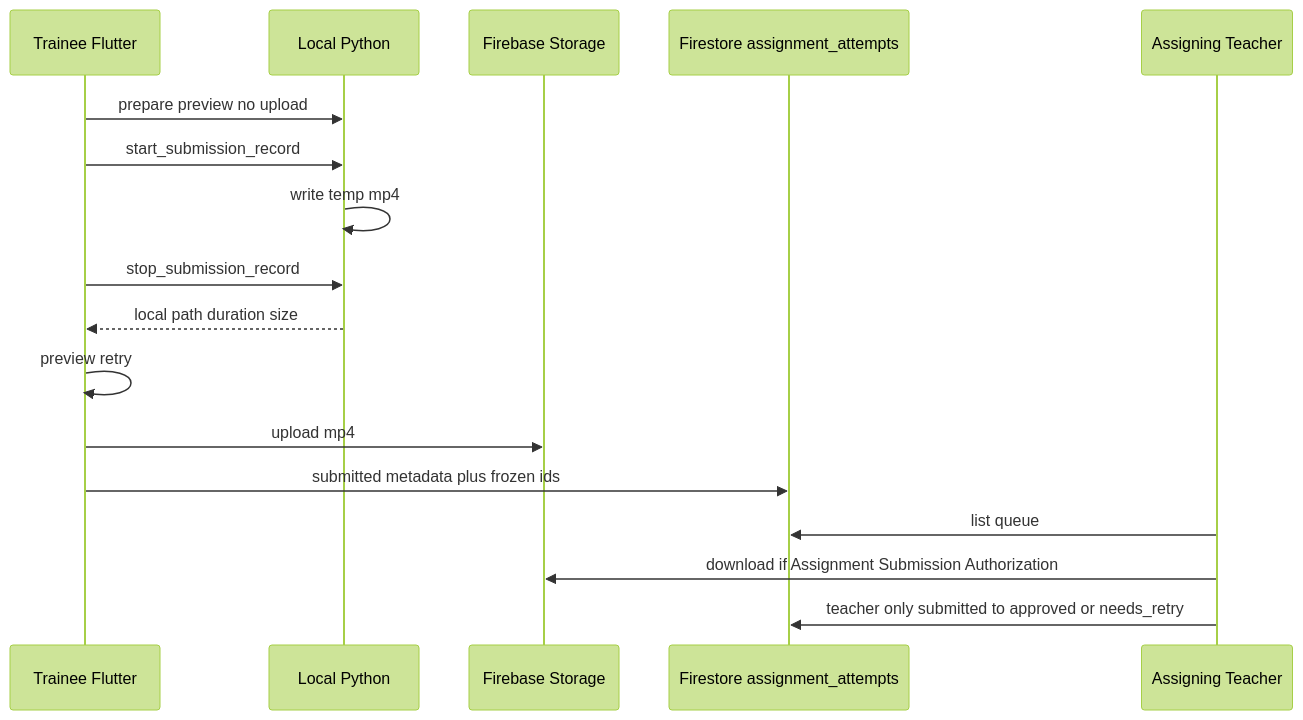
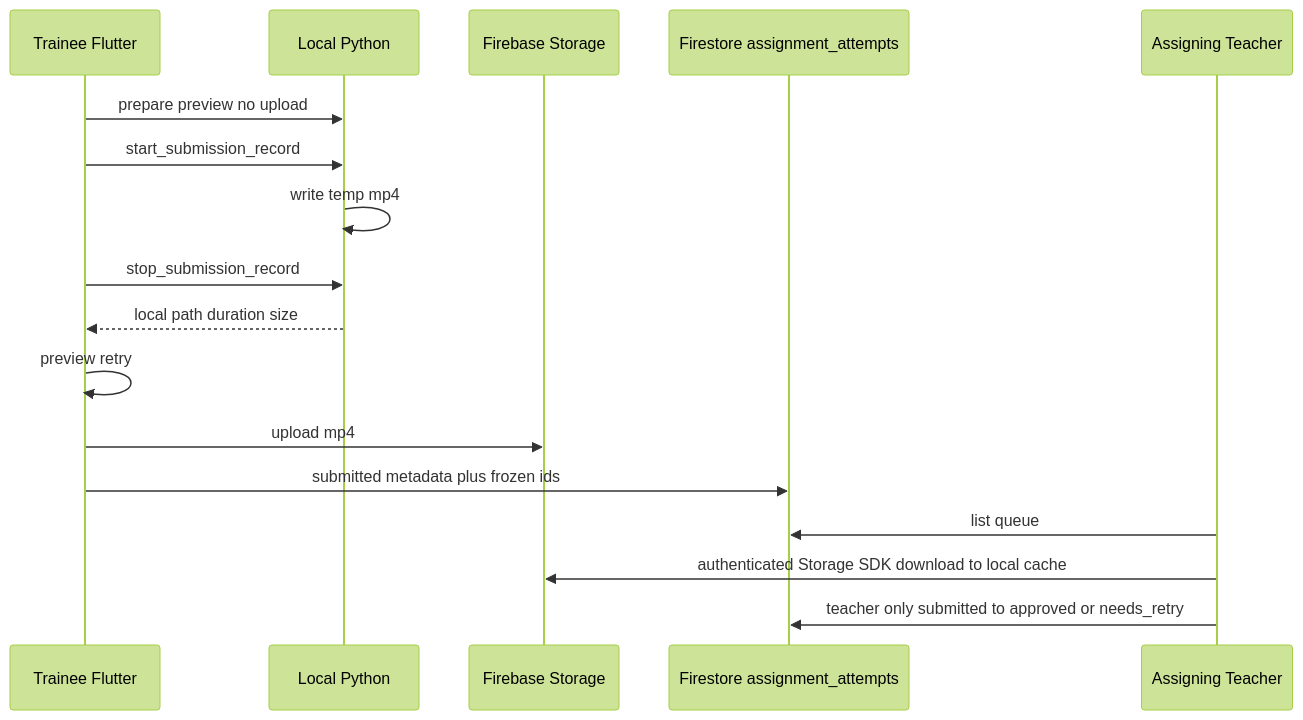
The diagram in docs/teacher-windows-refactor/06-teacher-reviewed-video-submissions.md (codewithjenah/elixr_application), drawn with Mermaid (forest theme) before and after one commit. The commit also changed other lines of this file and 24 other files, not shown here.

````diff
--- a/docs/teacher-windows-refactor/06-teacher-reviewed-video-submissions.md
+++ b/docs/teacher-windows-refactor/06-teacher-reviewed-video-submissions.md
@@ -89,19 +100,19 @@
 ```mermaid
 sequenceDiagram
   participant T as Trainee Flutter
   participant P as Local Python
   participant S as Firebase Storage
   participant F as Firestore assignment_attempts
   participant R as Assigning Teacher
   T->>P: prepare preview no upload
   T->>P: start_submission_record
   P->>P: write temp mp4
   T->>P: stop_submission_record
   P-->>T: local path duration size
   T->>T: preview retry
   T->>S: upload mp4
   T->>F: submitted metadata plus frozen ids
   R->>F: list queue
-  R->>S: download if Assignment Submission Authorization
+  R->>S: authenticated Storage SDK download to local cache
   R->>F: teacher only submitted to approved or needs_retry
 ```
````
